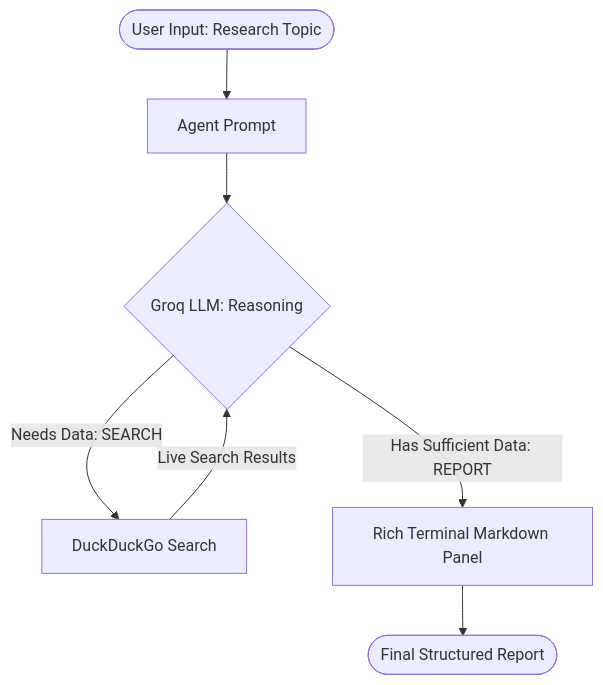
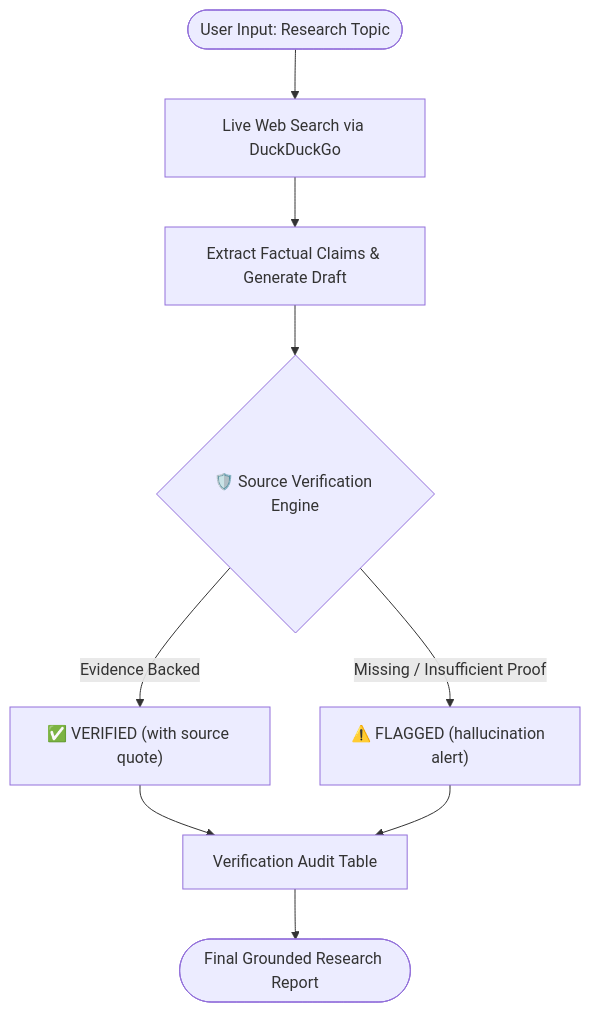
The diagram in README.md (vaibhavv-labs/AI-Research-Agent), drawn with Mermaid before and after one commit. The commit also changed other lines of this file, not shown here.

Commit message:
docs: Update README for v2.0 Source Verification release

````diff
--- a/README.md
+++ b/README.md
@@ -39,9 +50,10 @@
 ```mermaid
 flowchart TD
-    A([User Input: Research Topic]) --> B[Agent Prompt]
-    B --> C{Groq LLM: Reasoning}
-    C -- "Needs Data: SEARCH <query>" --> D[DuckDuckGo Search]
-    D -- Live Search Results --> C
-    C -- "Has Sufficient Data: REPORT" --> E[Rich Terminal Markdown Panel]
-    E --> F([Final Structured Report])
+    A([User Input: Research Topic]) --> B[Live Web Search via DuckDuckGo]
+    B --> C[Extract Factual Claims & Generate Draft]
+    C --> D{🛡️ Source Verification Engine}
+    D -- "Evidence Backed" --> E["✅ VERIFIED (with source quote)"]
+    D -- "Missing / Insufficient Proof" --> F["⚠️ FLAGGED (hallucination alert)"]
+    E & F --> G[Verification Audit Table]
+    G --> H([Final Grounded Research Report])
 ```
````
